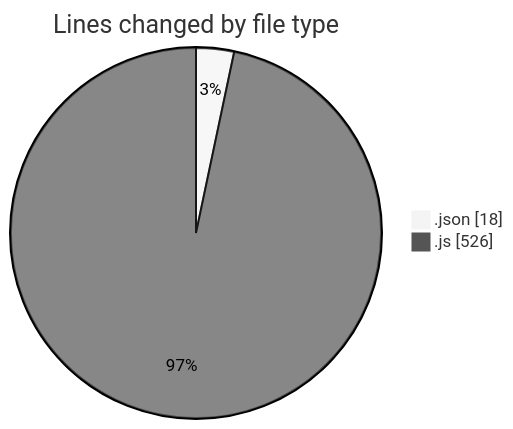
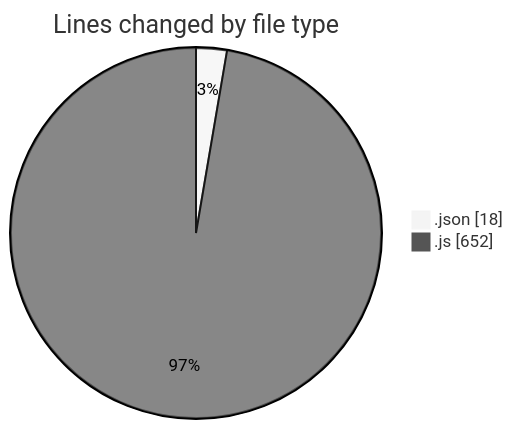
Before and after one commit to BS-eng2023/code-tracking: the first of 2 diagrams in 2025-04-01/jsvms/README.md, drawn with Mermaid (neutral theme). The commit also changed other lines of this file and 1 other file, not shown here.

````diff
--- a/2025-04-01/jsvms/README.md
+++ b/2025-04-01/jsvms/README.md
@@ -29,6 +30,6 @@
 ```mermaid
 pie showData
 title Lines changed by file type
 ".json" : 18
-".js" : 526
+".js" : 652
 ```
````
